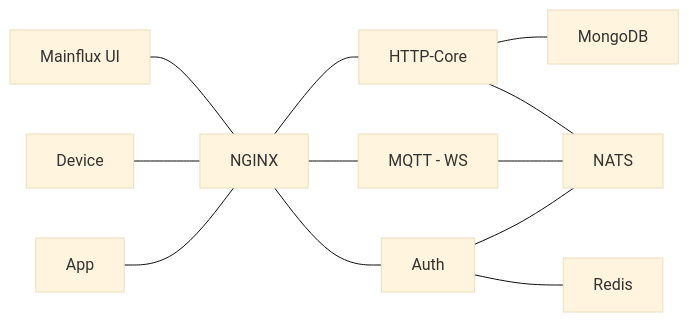
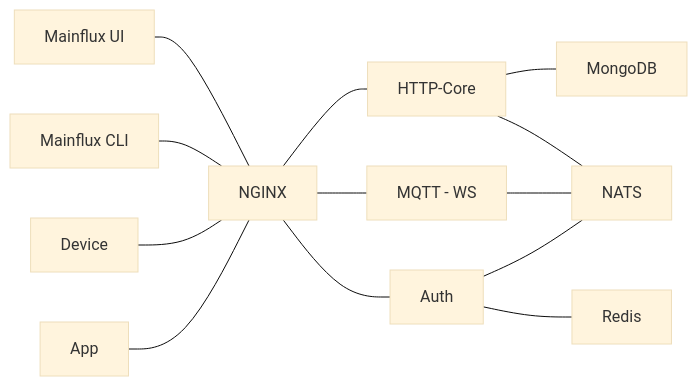
One commit to manuIO/mainflux-doc changed the diagram in tools/mermaid/arch.mmd. Above: the diagram before and after it, drawn with Mermaid (base theme). The commit also changed 1 other file, not shown here.

```diff
--- a/tools/mermaid/arch.mmd
+++ b/tools/mermaid/arch.mmd
@@ -1,15 +1,16 @@
 graph LR
     A["NGINX"] --- B["HTTP-Core"];
     B --- F["MongoDB"]
 
     A --- C["MQTT - WS"];
 	A --- D["Auth"];
 	D --- R["Redis"]
 
 	B --- E["NATS"]
 	C --- E
 	D --- E
 
     I["Mainflux UI"] --- A
+    J["Mainflux CLI"] --- A
     G["Device"] --- A
     H["App"] --- A
```
